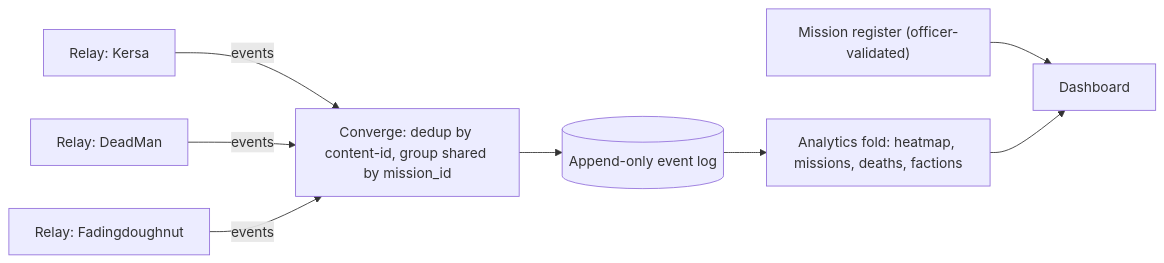
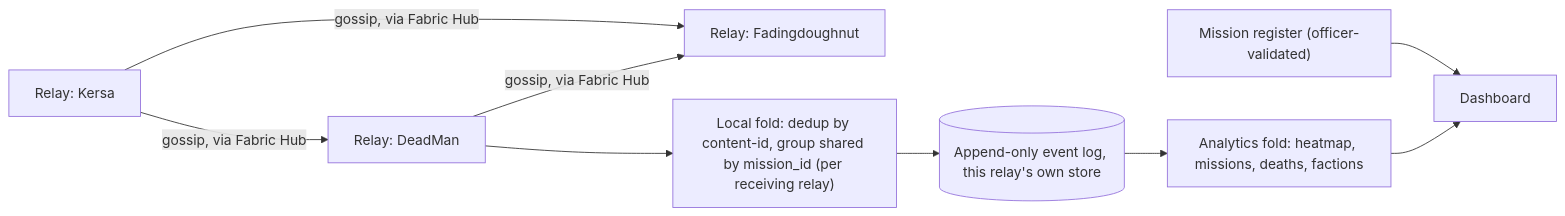
The diagram in DESIGN-event-convergence.md (Neorion/star-citizen-live), drawn with Mermaid before and after one commit. The commit also changed other lines of this file and 5 other files, not shown here.

````diff
--- a/DESIGN-event-convergence.md
+++ b/DESIGN-event-convergence.md
@@ -114,10 +136,11 @@
 ```mermaid
 flowchart LR
-  R1["Relay: Kersa"] -->|events| HUB
-  R2["Relay: DeadMan"] -->|events| HUB
-  R3["Relay: Fadingdoughnut"] -->|events| HUB
-  HUB["Converge: dedup by content-id, group shared by mission_id"] --> LOG[("Append-only event log")]
+  R1["Relay: Kersa"] -->|"gossip, via Fabric Hub"| R2["Relay: DeadMan"]
+  R1 -->|"gossip, via Fabric Hub"| R3["Relay: Fadingdoughnut"]
+  R2 -->|"gossip, via Fabric Hub"| R3
+  R2 --> FOLD["Local fold: dedup by content-id, group shared by mission_id (per receiving relay)"]
+  FOLD --> LOG[("Append-only event log, this relay's own store")]
   LOG --> AN["Analytics fold: heatmap, missions, deaths, factions"]
   REG["Mission register (officer-validated)"] --> DASH["Dashboard"]
   AN --> DASH
 ```
````
